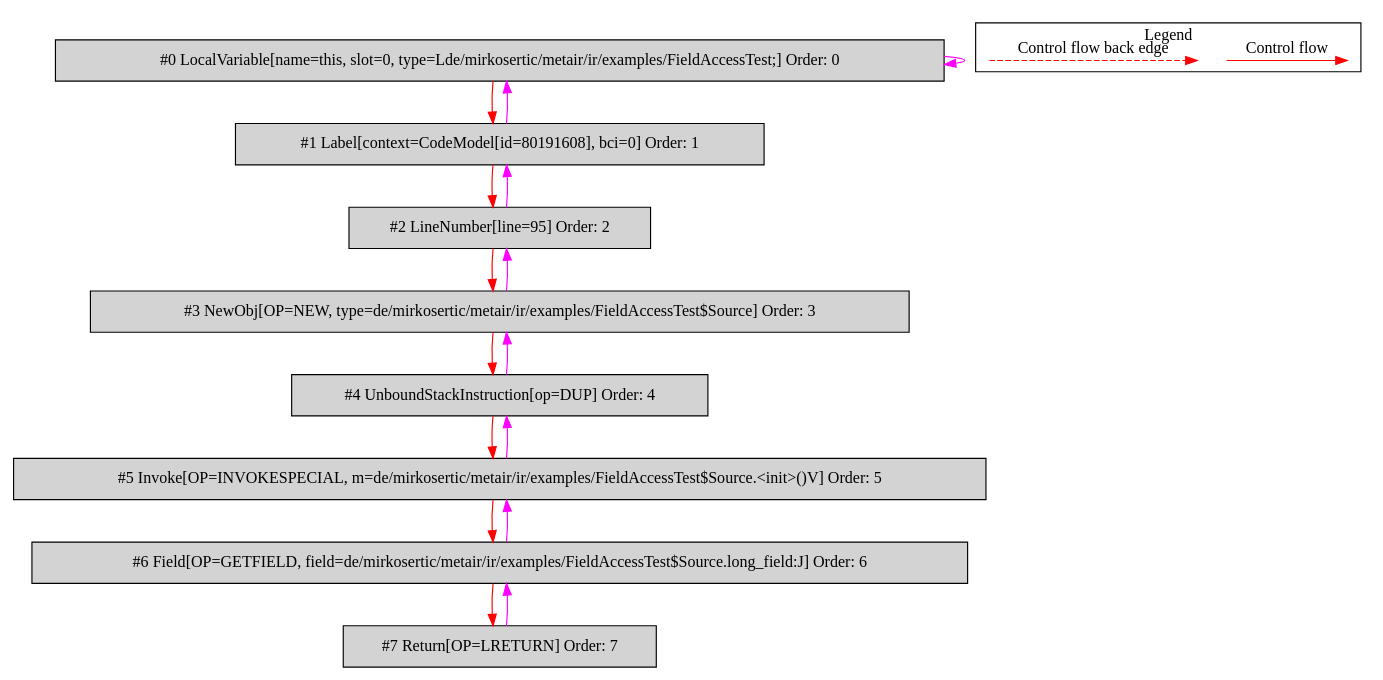
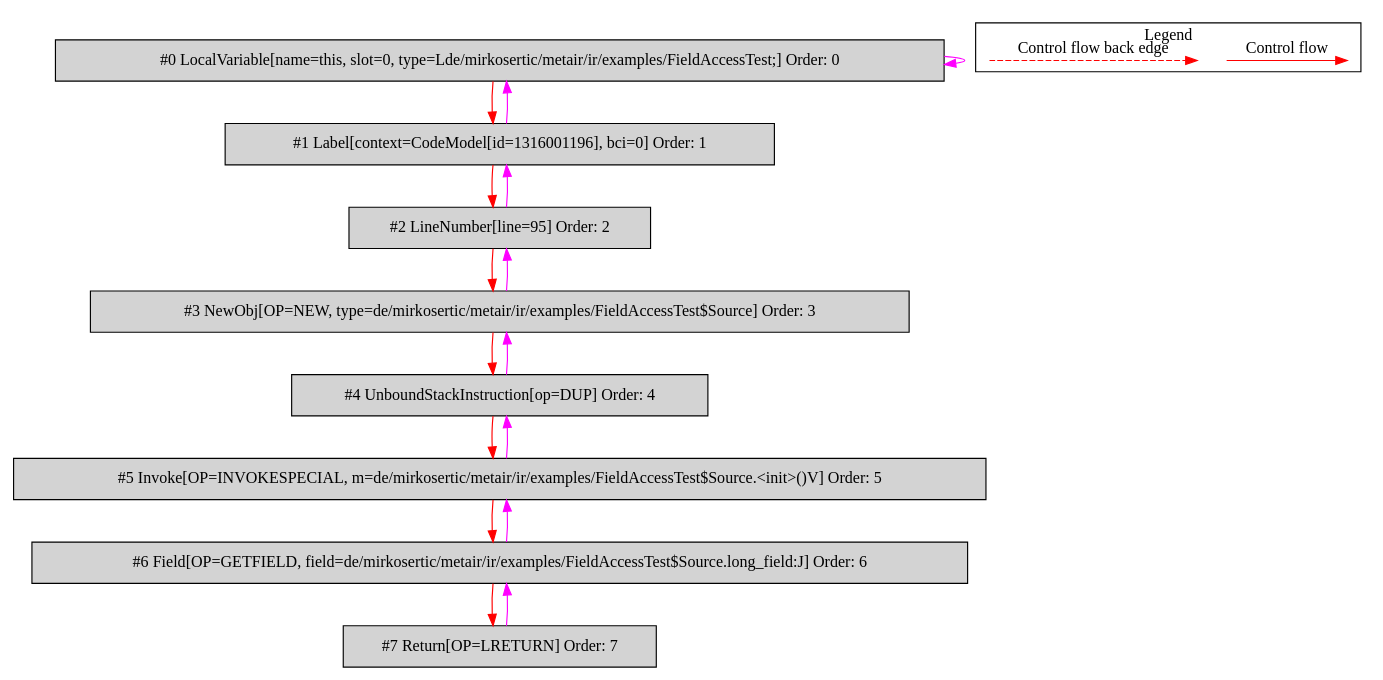
Before and after one commit to mirkosertic/MetaIR: the diagram in de.mirkosertic.metair.ir.examples.FieldAccessTest/return_long/bytecodecfg.dot, drawn with Graphviz. The commit also changed 508 other files, not shown here.

```diff
--- a/de.mirkosertic.metair.ir.examples.FieldAccessTest/return_long/bytecodecfg.dot
+++ b/de.mirkosertic.metair.ir.examples.FieldAccessTest/return_long/bytecodecfg.dot
@@ -1,40 +1,40 @@
 digraph {
  ordering="in";
  node0[label="#0 LocalVariable[name=this, slot=0, type=Lde/mirkosertic/metair/ir/examples/FieldAccessTest;] Order: 0", shape=box, fillcolor=lightgrey, style=filled];
- node1[label="#1 Label[context=CodeModel[id=80191608], bci=0] Order: 1", shape=box, fillcolor=lightgrey, style=filled];
+ node1[label="#1 Label[context=CodeModel[id=1316001196], bci=0] Order: 1", shape=box, fillcolor=lightgrey, style=filled];
  node2[label="#2 LineNumber[line=95] Order: 2", shape=box, fillcolor=lightgrey, style=filled];
  node3[label="#3 NewObj[OP=NEW, type=de/mirkosertic/metair/ir/examples/FieldAccessTest$Source] Order: 3", shape=box, fillcolor=lightgrey, style=filled];
  node4[label="#4 UnboundStackInstruction[op=DUP] Order: 4", shape=box, fillcolor=lightgrey, style=filled];
  node5[label="#5 Invoke[OP=INVOKESPECIAL, m=de/mirkosertic/metair/ir/examples/FieldAccessTest$Source.<init>()V] Order: 5", shape=box, fillcolor=lightgrey, style=filled];
  node6[label="#6 Field[OP=GETFIELD, field=de/mirkosertic/metair/ir/examples/FieldAccessTest$Source.long_field:J] Order: 6", shape=box, fillcolor=lightgrey, style=filled];
  node7[label="#7 Return[OP=LRETURN] Order: 7", shape=box, fillcolor=lightgrey, style=filled];
  node0 -> node0[color=fuchsia];
  node0 -> node1[color=red];
  node1 -> node0[color=fuchsia];
  node1 -> node2[color=red];
  node2 -> node1[color=fuchsia];
  node2 -> node3[color=red];
  node3 -> node2[color=fuchsia];
  node3 -> node4[color=red];
  node4 -> node3[color=fuchsia];
  node4 -> node5[color=red];
  node5 -> node4[color=fuchsia];
  node5 -> node6[color=red];
  node6 -> node5[color=fuchsia];
  node6 -> node7[color=red];
  node7 -> node6[color=fuchsia];
  subgraph cluster_000 {
   label = "Legend";
   node [shape=point]
   {
    rank=same;
    c0 [style = invis];
    c1 [style = invis];
    c2 [style = invis];
    c3 [style = invis];
   }
   c0 -> c1 [label="Control flow", style=solid, color=red]
   c2 -> c3 [label="Control flow back edge", style=dashed, color=red]
  }
 
 }
```
